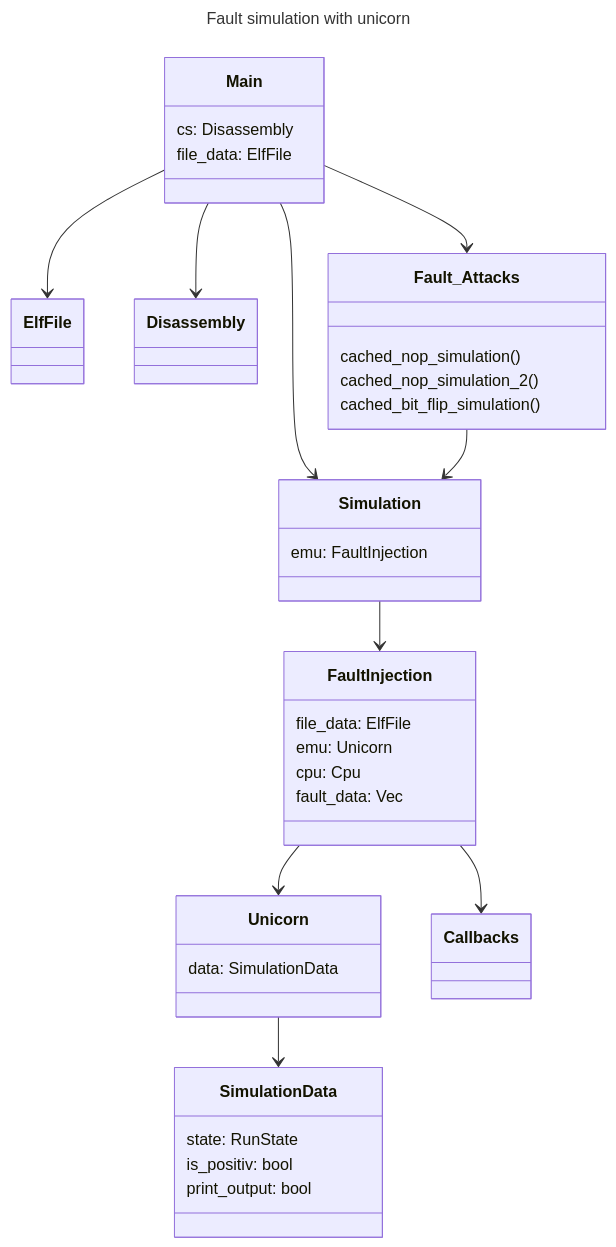
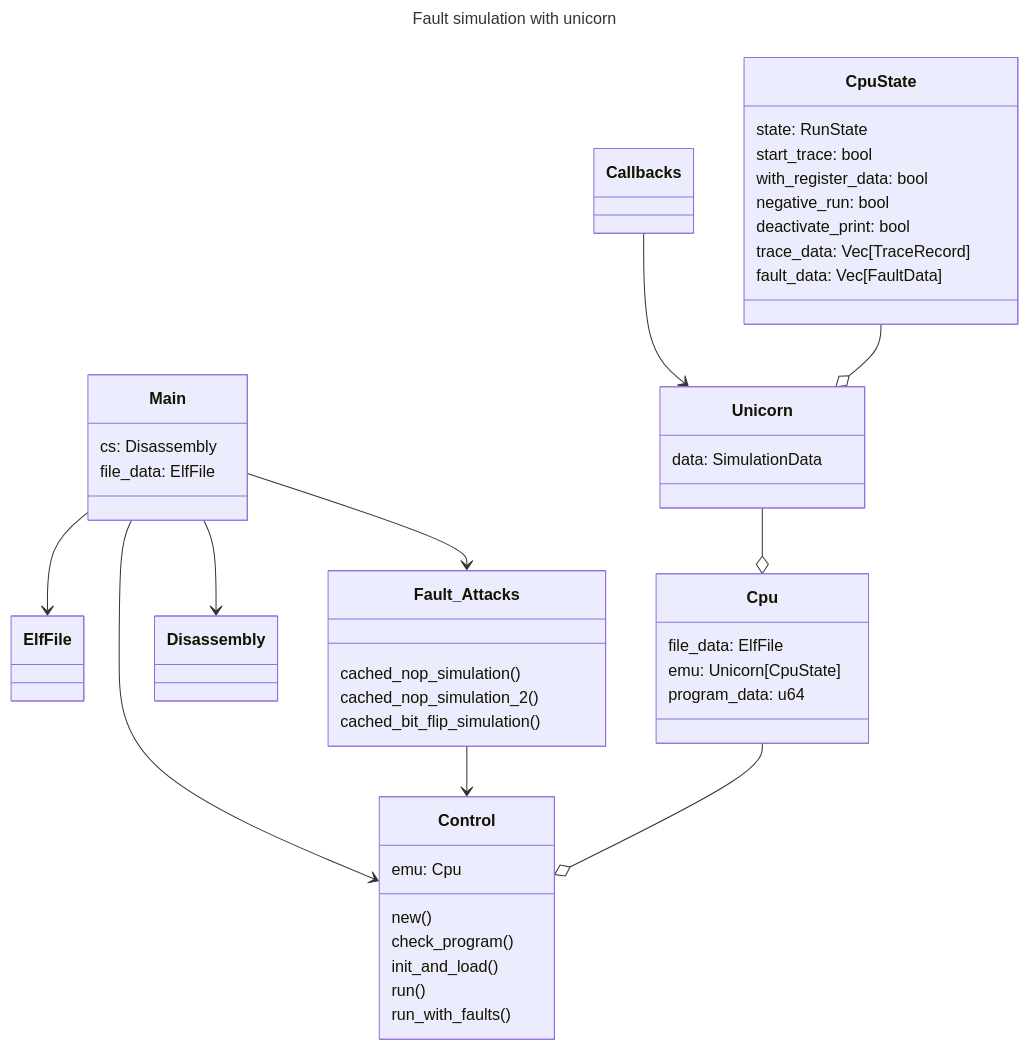
One commit to tigger1005/fault_simulator changed the diagram in Docs/ClassDiagram.md. Above: the diagram before and after it, drawn with Mermaid. The commit also changed 8 other files, not shown here.

````diff
--- a/Docs/ClassDiagram.md
+++ b/Docs/ClassDiagram.md
@@ -1,50 +1,58 @@
 ```Mermaid
 ---
 title: Fault simulation with unicorn
 ---
 classDiagram
     Main --> ElfFile
-    Main --> Simulation
+    Main --> Control
     Main --> Disassembly
     Main --> Fault_Attacks
-    Simulation --> FaultInjection
-    Fault_Attacks --> Simulation
-    FaultInjection --> Unicorn
-    FaultInjection --> Callbacks
-    Unicorn --> SimulationData
+    Cpu --o Control
+    Fault_Attacks --> Control
+    Unicorn --o Cpu
+    Callbacks --> Unicorn
+    CpuState --o Unicorn
     class Main {
         cs: Disassembly
         file_data: ElfFile
     }
-    class Simulation{
-        emu: FaultInjection
+    class Control{
+        emu: Cpu
+        new()
+        check_program()
+        init_and_load()
+        run()
+        run_with_faults()
     }
-    class FaultInjection{
+    class Cpu{
         file_data: ElfFile
-        emu: Unicorn
-        cpu: Cpu
-        fault_data: Vec<FaultData>
+        emu: Unicorn[CpuState]
+        program_data: u64
+    }
+    class CpuState{
+        state: RunState
+        start_trace: bool
+        with_register_data: bool
+        negative_run: bool
+        deactivate_print: bool
+        trace_data: Vec[TraceRecord]
+        fault_data: Vec[FaultData]
     }
     class Unicorn{
         data: SimulationData
     }
     class ElfFile{
-    }
-    class SimulationData{
-        state: RunState
-        is_positiv: bool
-        print_output: bool
     }
     class Callbacks{
 
     }
     class Disassembly{
 
     }
     class Fault_Attacks{
         cached_nop_simulation()
         cached_nop_simulation_2()
         cached_bit_flip_simulation()
     }
 
 ```
````
